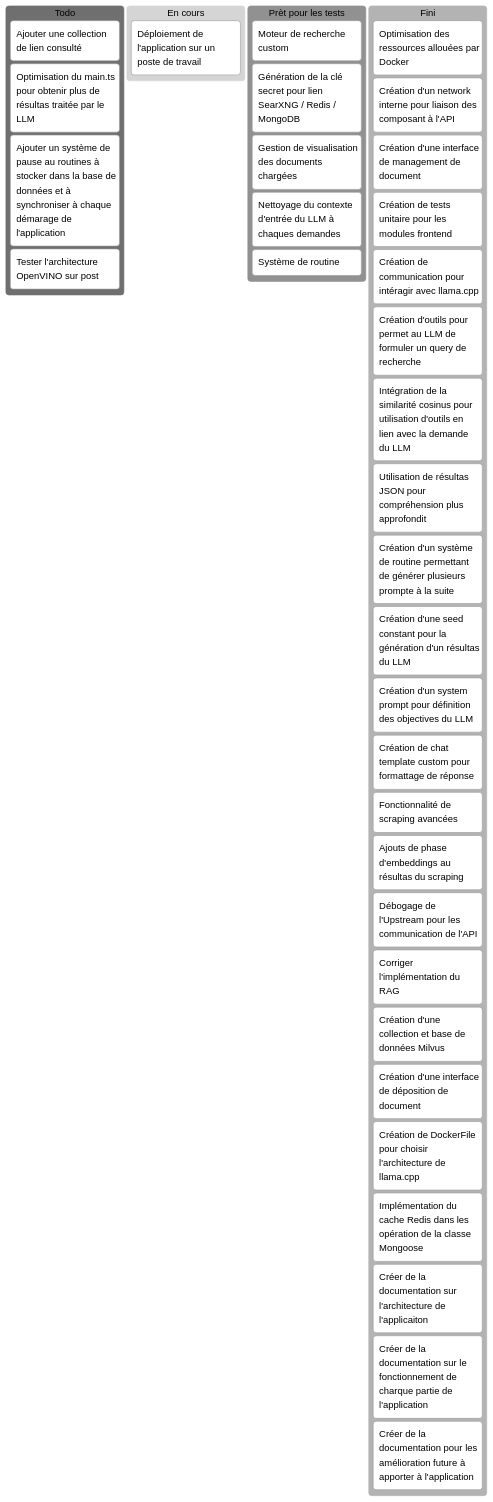
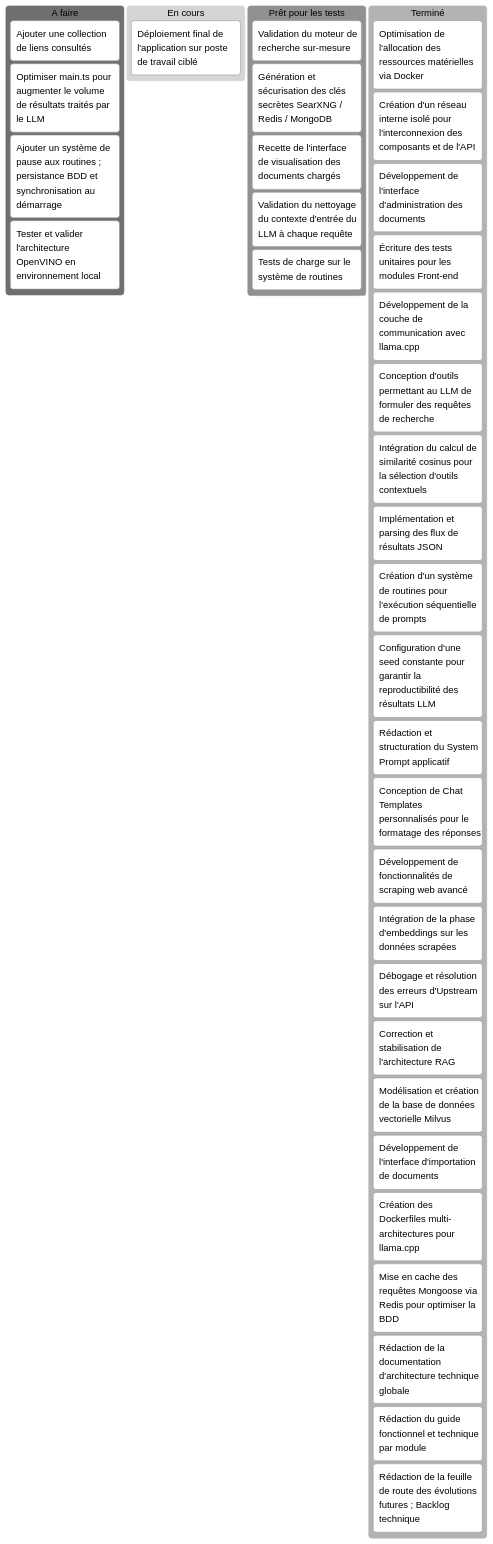
The diagram in docs/pages/suivi-de-projet.md (Abid-FontaineLiam/portfolio_but2), drawn with Mermaid (neutral theme) before and after one commit. The commit also changed other lines of this file and 3 other files, not shown here.

````diff
--- a/docs/pages/suivi-de-projet.md
+++ b/docs/pages/suivi-de-projet.md
@@ -7,40 +8,40 @@
 ```mermaid
     kanban
-        Todo
-            [Ajouter une collection de lien consulté]
-            [Optimisation du main.ts pour obtenir plus de résultas traitée par le LLM]
-            [Ajouter un système de pause au routines à stocker dans la base de données et à synchroniser à chaque démarage de l'application]
-            [Tester l'architecture OpenVINO sur post]
-        [En cours]
-            [Déploiement de l'application sur un poste de travail]
-        [Prèt pour les tests]
-            [Moteur de recherche custom]
-            [Génération de la clé secret pour lien SearXNG / Redis / MongoDB]
-            [Gestion de visualisation des documents chargées]
-            [Nettoyage du contexte d'entrée du LLM à chaques demandes]
-            [Système de routine]
-        [Fini]
-            [Optimisation des ressources allouées par Docker]
-            [Création d'un network interne pour liaison des composant à l'API]
-            [Création d'une interface de management de document]
-            [Création de tests unitaire pour les modules frontend]
-            [Création de communication pour intéragir avec llama.cpp]
-            [Création d'outils pour permet au LLM de formuler un query de recherche]
-            [Intégration de la similarité cosinus pour utilisation d'outils en lien avec la demande du LLM]
-            [Utilisation de résultas JSON pour compréhension plus approfondit]
-            [Création d'un système de routine permettant de générer plusieurs prompte à la suite]
-            [Création d'une seed constant pour la génération d'un résultas du LLM]
-            [Création d'un system prompt pour définition des objectives du LLM]
-            [Création de chat template custom pour formattage de réponse]
-            [Fonctionnalité de scraping avancées]
-            [Ajouts de phase d'embeddings au résultas du scraping]
-            [Débogage de l'Upstream pour les communication de l'API]
-            [Corriger l'implémentation du RAG]
-            [Création d'une collection et base de données Milvus]
-            [Création d'une interface de déposition de document]
-            [Création de DockerFile pour choisir l'architecture de llama.cpp]
-            [Implémentation du cache Redis dans les opération de la classe Mongoose]
-            [Créer de la documentation sur l'architecture de l'applicaiton]
-            [Créer de la documentation sur le fonctionnement de charque partie de l'application]
-            [Créer de la documentation pour les amélioration future à apporter à l'application]
+        A faire
+            [Ajouter une collection de liens consultés]
+            [Optimiser main.ts pour augmenter le volume de résultats traités par le LLM]
+            [Ajouter un système de pause aux routines ; persistance BDD et synchronisation au démarrage]
+            [Tester et valider l'architecture OpenVINO en environnement local]
+        En cours
+            [Déploiement final de l'application sur poste de travail ciblé]
+        Prêt pour les tests
+            [Validation du moteur de recherche sur-mesure]
+            [Génération et sécurisation des clés secrètes SearXNG / Redis / MongoDB]
+            [Recette de l'interface de visualisation des documents chargés]
+            [Validation du nettoyage du contexte d'entrée du LLM à chaque requête]
+            [Tests de charge sur le système de routines]
+        Terminé
+            [Optimisation de l'allocation des ressources matérielles via Docker]
+            [Création d'un réseau interne isolé pour l'interconnexion des composants et de l'API]
+            [Développement de l'interface d'administration des documents]
+            [Écriture des tests unitaires pour les modules Front-end]
+            [Développement de la couche de communication avec llama.cpp]
+            [Conception d'outils permettant au LLM de formuler des requêtes de recherche]
+            [Intégration du calcul de similarité cosinus pour la sélection d'outils contextuels]
+            [Implémentation et parsing des flux de résultats JSON]
+            [Création d'un système de routines pour l'exécution séquentielle de prompts]
+            [Configuration d'une seed constante pour garantir la reproductibilité des résultats LLM]
+            [Rédaction et structuration du System Prompt applicatif]
+            [Conception de Chat Templates personnalisés pour le formatage des réponses]
+            [Développement de fonctionnalités de scraping web avancé]
+            [Intégration de la phase d'embeddings sur les données scrapées]
+            [Débogage et résolution des erreurs d'Upstream sur l'API]
+            [Correction et stabilisation de l'architecture RAG]
+            [Modélisation et création de la base de données vectorielle Milvus]
+            [Développement de l'interface d'importation de documents]
+            [Création des Dockerfiles multi-architectures pour llama.cpp]
+            [Mise en cache des requêtes Mongoose via Redis pour optimiser la BDD]
+            [Rédaction de la documentation d'architecture technique globale]
+            [Rédaction du guide fonctionnel et technique par module]
+            [Rédaction de la feuille de route des évolutions futures ; Backlog technique]
 ```
````
